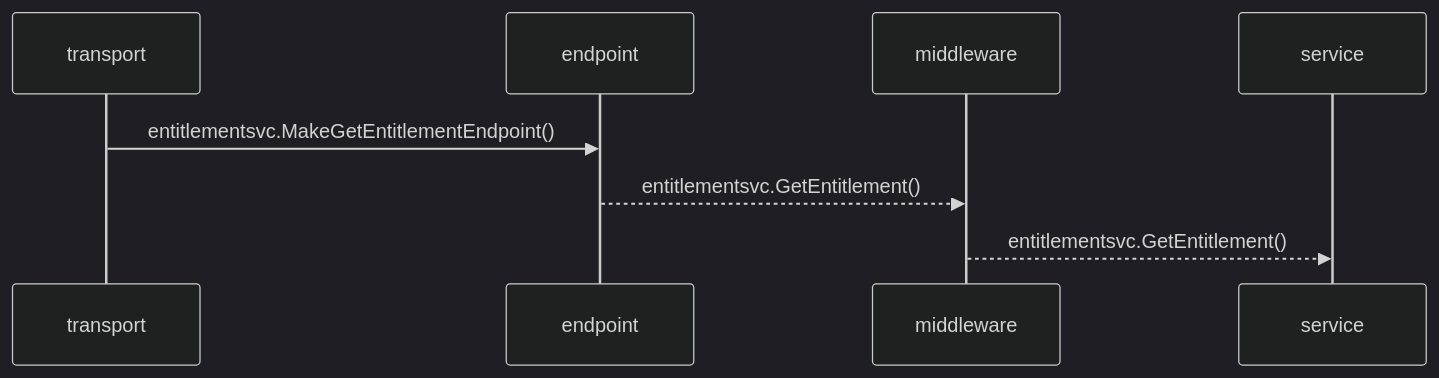
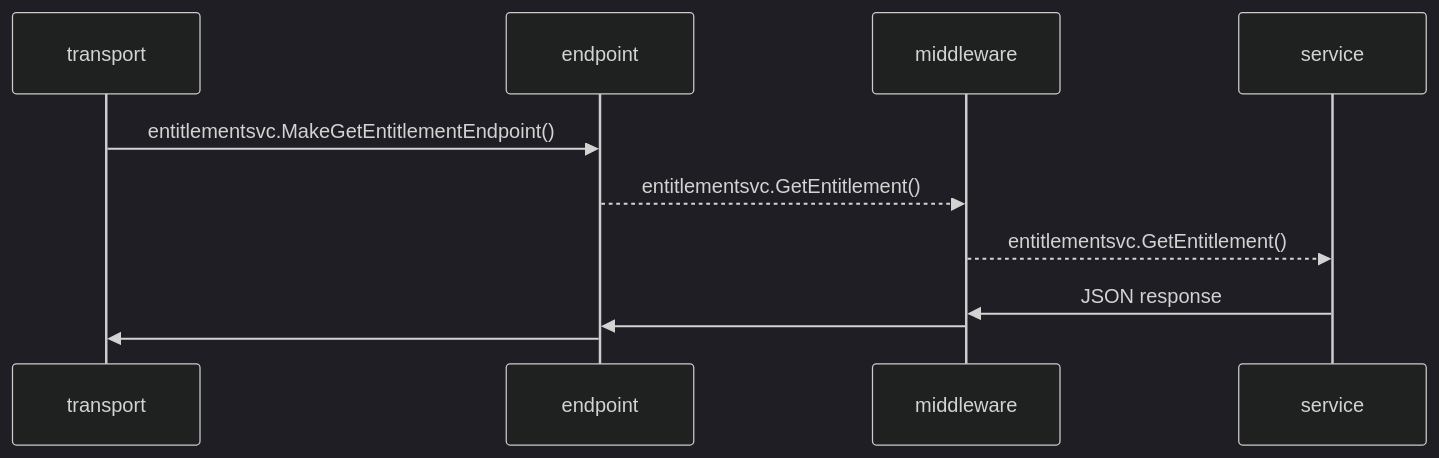
One commit to ankurkumarz/golang-gokit-service-blueprint changed the diagram in README.md. Above: the diagram before and after it, drawn with Mermaid (dark theme).

````diff
--- a/README.md
+++ b/README.md
@@ -24,6 +24,10 @@
 ```mermaid
 sequenceDiagram
     transport->>endpoint: entitlementsvc.MakeGetEntitlementEndpoint()
     endpoint-->>middleware: entitlementsvc.GetEntitlement()
     middleware-->>service: entitlementsvc.GetEntitlement()
+
+    service->>middleware: JSON response
+    middleware->>endpoint:
+    endpoint->>transport:
 ```
````
